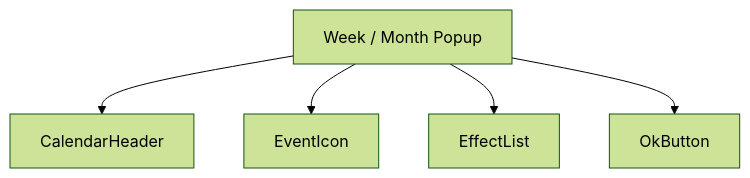
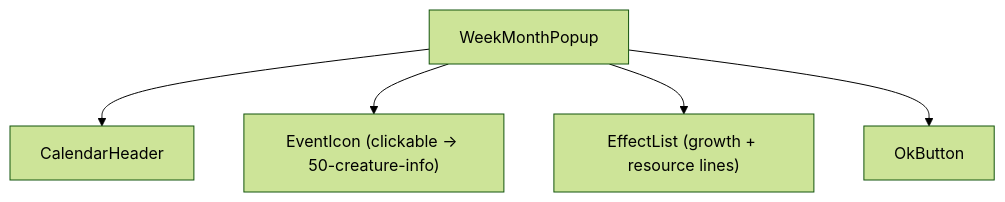
The first of 5 diagrams in docs/architecture/wiki/screens/58-week-month-popup/architecture.md (SunaNoOshiro/Heroes_Reforged_AI_Realms), drawn with Mermaid (forest theme) before and after one commit. The commit also changed other lines of this file and 518 other files, not shown here.

First line of the commit message:
Add doc-audit skill and sweep architecture/screen docs

````diff
--- a/docs/architecture/wiki/screens/58-week-month-popup/architecture.md
+++ b/docs/architecture/wiki/screens/58-week-month-popup/architecture.md
@@ -16,12 +22,8 @@
 ```mermaid
 flowchart TD
-  Root["Week / Month Popup"]
-  C0["CalendarHeader"]
-  Root --> C0
-  C1["EventIcon"]
-  Root --> C1
-  C2["EffectList"]
-  Root --> C2
-  C3["OkButton"]
-  Root --> C3
+  Root["WeekMonthPopup"]
+  Root --> CH["CalendarHeader"]
+  Root --> EI["EventIcon (clickable → 50-creature-info)"]
+  Root --> EL["EffectList (growth + resource lines)"]
+  Root --> OK["OkButton"]
 ```
````
